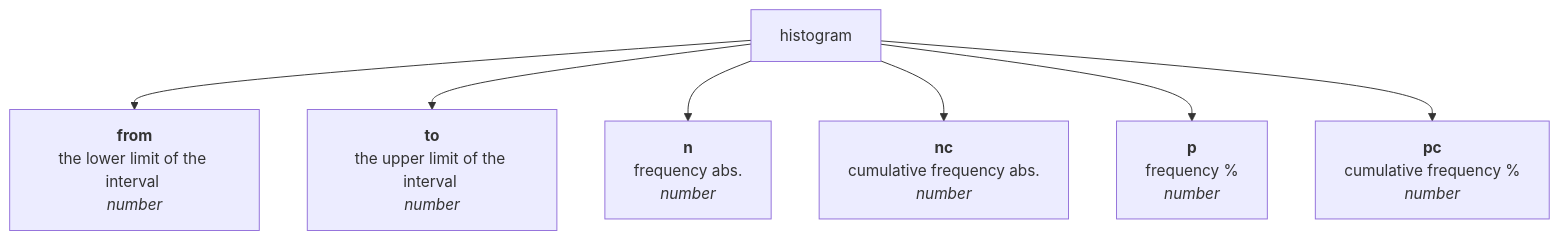
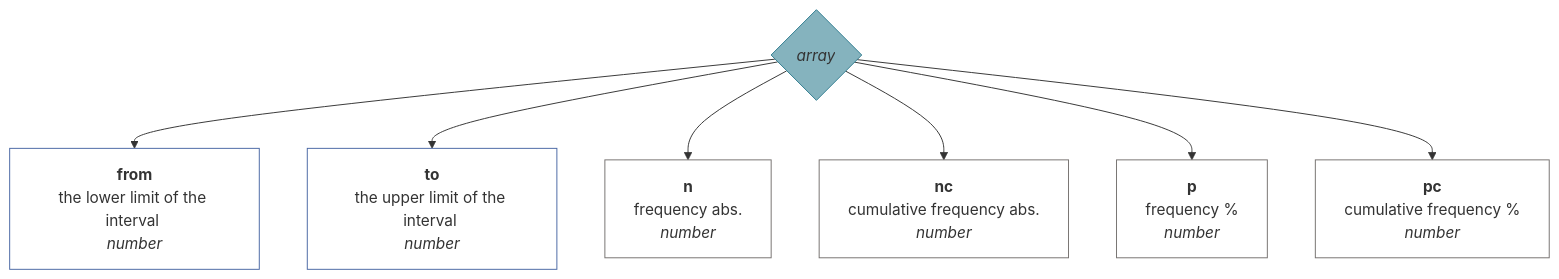
Diagram 14 of 23 in docs/en-GB/vector.md (muzikp/retusa), drawn with Mermaid before and after one commit. The commit also changed other lines of this file and 17 other files, not shown here.

````diff
--- a/docs/en-GB/vector.md
+++ b/docs/en-GB/vector.md
@@ -404,10 +443,25 @@
 ```mermaid
 graph TD
+histogram{<i>array</i>}
+style histogram fill:#85B3BE;
+style histogram stroke:#2E7C8F;
 histogram --> from[<b>from</b><br>the lower limit of the interval <br><i>number</i>]
+style from fill:#FFFFFF;
+style from stroke:#4967A4;
 histogram --> to[<b>to</b><br>the upper limit of the interval <br><i>number</i>]
+style to fill:#FFFFFF;
+style to stroke:#4967A4;
 histogram --> n[<b>n</b><br>frequency abs. <br><i>number</i>]
+style n fill:#FFFFFF;
+style n stroke:#75716F;
 histogram --> nc[<b>nc</b><br>cumulative frequency abs. <br><i>number</i>]
+style nc fill:#FFFFFF;
+style nc stroke:#75716F;
 histogram --> p[<b>p</b><br>frequency % <br><i>number</i>]
+style p fill:#FFFFFF;
+style p stroke:#75716F;
 histogram --> pc[<b>pc</b><br>cumulative frequency % <br><i>number</i>]
+style pc fill:#FFFFFF;
+style pc stroke:#75716F;
 
 ```
````
